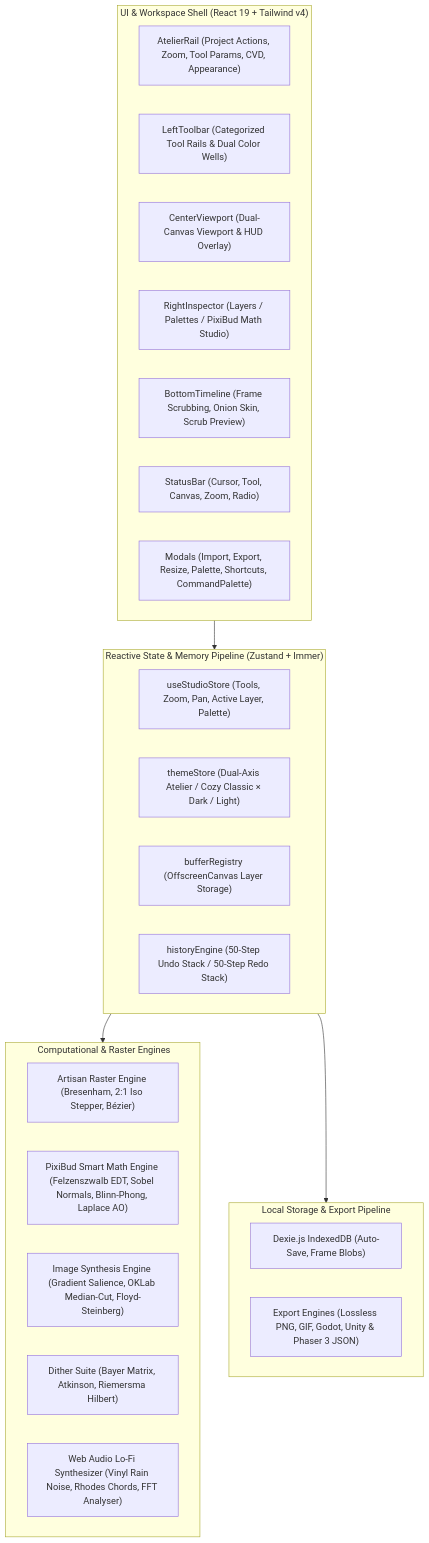
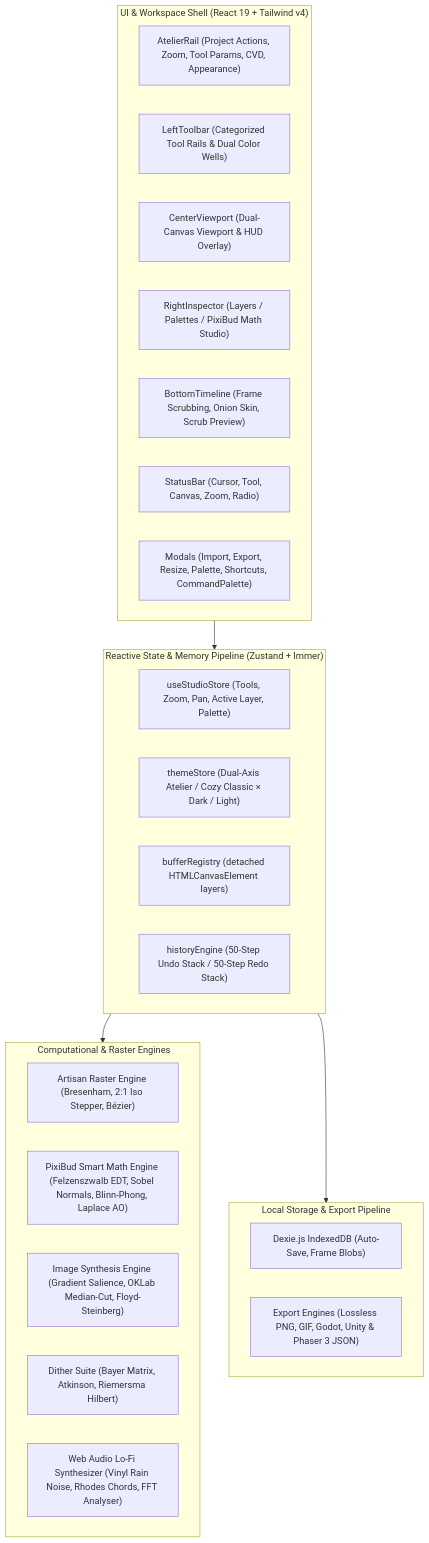
Before and after one commit to lxcario/PixiBun: the first of 7 diagrams in ARCHITECTURE.md, drawn with Mermaid. The commit also changed other lines of this file and 101 other files, not shown here.

````diff
--- a/ARCHITECTURE.md
+++ b/ARCHITECTURE.md
@@ -17,36 +17,36 @@
 ```mermaid
 graph TD
     subgraph UI_Layer [" UI & Workspace Shell (React 19 + Tailwind v4)"]
         AtelierRail["AtelierRail (Project Actions, Zoom, Tool Params, CVD, Appearance)"]
         LeftRail["LeftToolbar (Categorized Tool Rails & Dual Color Wells)"]
         ViewportShell["CenterViewport (Dual-Canvas Viewport & HUD Overlay)"]
         RightStudio["RightInspector (Layers / Palettes / PixiBud Math Studio)"]
         TimelineDock["BottomTimeline (Frame Scrubbing, Onion Skin, Scrub Preview)"]
         StatusBar["StatusBar (Cursor, Tool, Canvas, Zoom, Radio)"]
         Modals["Modals (Import, Export, Resize, Palette, Shortcuts, CommandPalette)"]
     end
 
     subgraph State_Layer [" Reactive State & Memory Pipeline (Zustand + Immer)"]
         Store["useStudioStore (Tools, Zoom, Pan, Active Layer, Palette)"]
         Theme["themeStore (Dual-Axis Atelier / Cozy Classic × Dark / Light)"]
-        BufferReg["bufferRegistry (OffscreenCanvas Layer Storage)"]
+        BufferReg["bufferRegistry (detached HTMLCanvasElement layers)"]
         UndoRedo["historyEngine (50-Step Undo Stack / 50-Step Redo Stack)"]
     end
 
     subgraph Core_Engines ["️ Computational & Raster Engines"]
         RasterCore["Artisan Raster Engine (Bresenham, 2:1 Iso Stepper, Bézier)"]
         MathCore["PixiBud Smart Math Engine (Felzenszwalb EDT, Sobel Normals, Blinn-Phong, Laplace AO)"]
         PixelizeCore["Image Synthesis Engine (Gradient Salience, OKLab Median-Cut, Floyd-Steinberg)"]
         DitherCore["Dither Suite (Bayer Matrix, Atkinson, Riemersma Hilbert)"]
         AudioCore["Web Audio Lo-Fi Synthesizer (Vinyl Rain Noise, Rhodes Chords, FFT Analyser)"]
     end
 
     subgraph Storage_Layer [" Local Storage & Export Pipeline"]
         DexieDB["Dexie.js IndexedDB (Auto-Save, Frame Blobs)"]
         Exporter["Export Engines (Lossless PNG, GIF, Godot, Unity & Phaser 3 JSON)"]
     end
 
     UI_Layer --> State_Layer
     State_Layer --> Core_Engines
     State_Layer --> Storage_Layer
 ```
````
